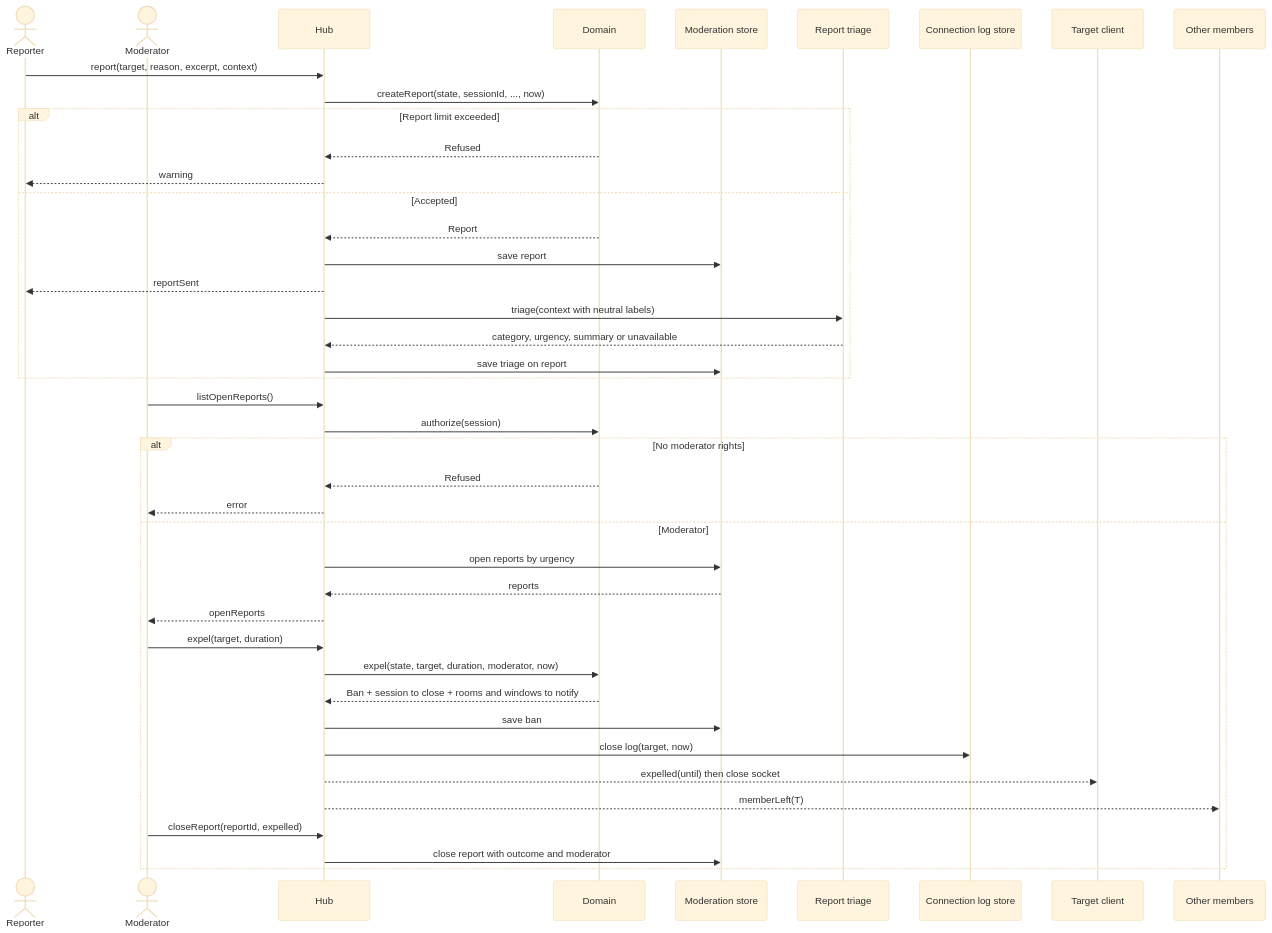
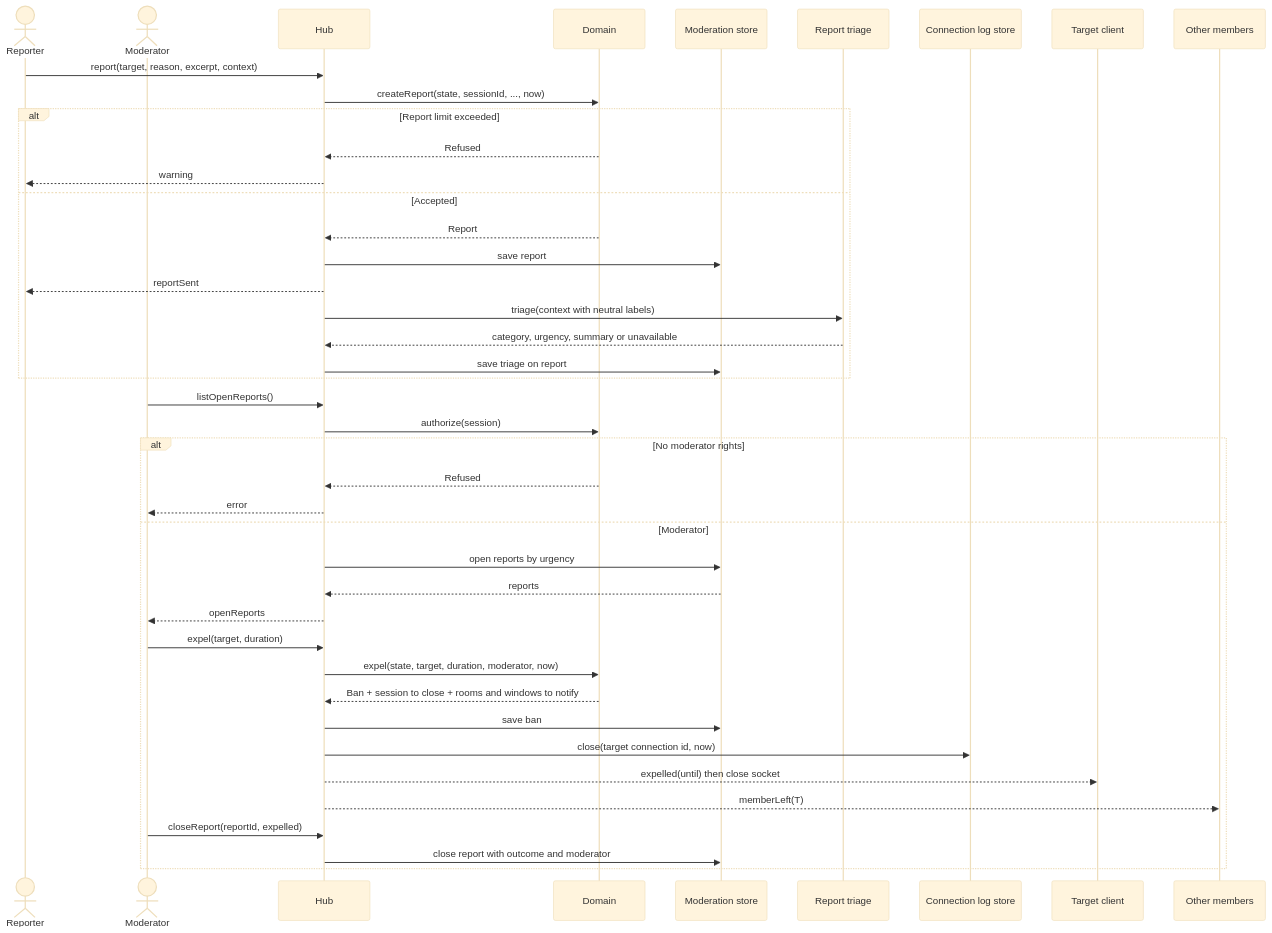
Before and after one commit to benoit-bremaud/asv: the diagram in docs/architecture/diagrams/moderation/02a-sequence-report-and-expel.md, drawn with Mermaid (base theme). The commit also changed other lines of this file and 41 other files, not shown here.

````diff
--- a/docs/architecture/diagrams/moderation/02a-sequence-report-and-expel.md
+++ b/docs/architecture/diagrams/moderation/02a-sequence-report-and-expel.md
@@ -14,44 +14,44 @@
 ```mermaid
 sequenceDiagram
   actor C as Reporter
   actor M as Moderator
   participant H as Hub
   participant D as Domain
   participant ST as Moderation store
   participant AI as Report triage
   participant LS as Connection log store
   participant T as Target client
   participant O as Other members
   C->>H: report(target, reason, excerpt, context)
   H->>D: createReport(state, sessionId, ..., now)
   alt Report limit exceeded
     D-->>H: Refused
     H-->>C: warning
   else Accepted
     D-->>H: Report
     H->>ST: save report
     H-->>C: reportSent
     H->>AI: triage(context with neutral labels)
     AI-->>H: category, urgency, summary or unavailable
     H->>ST: save triage on report
   end
   M->>H: listOpenReports()
   H->>D: authorize(session)
   alt No moderator rights
     D-->>H: Refused
     H-->>M: error
   else Moderator
     H->>ST: open reports by urgency
     ST-->>H: reports
     H-->>M: openReports
     M->>H: expel(target, duration)
     H->>D: expel(state, target, duration, moderator, now)
     D-->>H: Ban + session to close + rooms and windows to notify
     H->>ST: save ban
-    H->>LS: close log(target, now)
+    H->>LS: close(target connection id, now)
     H-->>T: expelled(until) then close socket
     H-->>O: memberLeft(T)
     M->>H: closeReport(reportId, expelled)
     H->>ST: close report with outcome and moderator
   end
 ```
````
